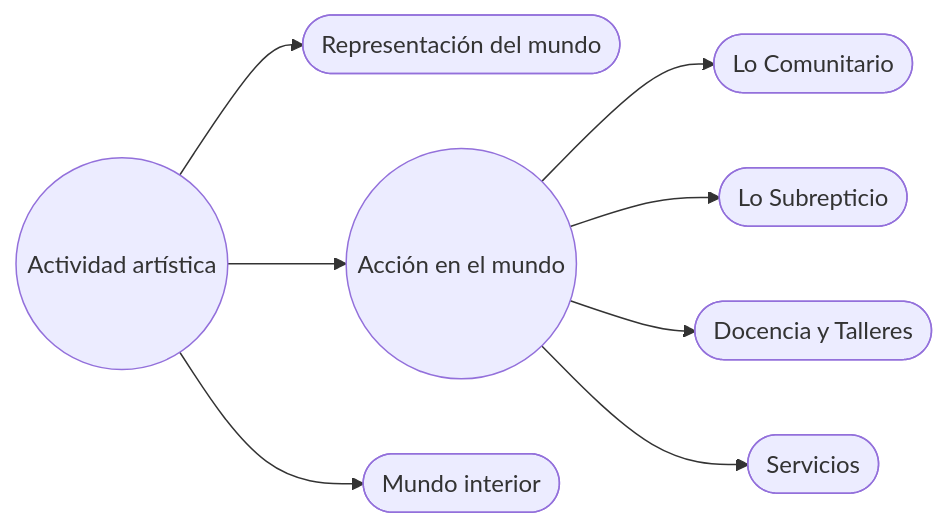
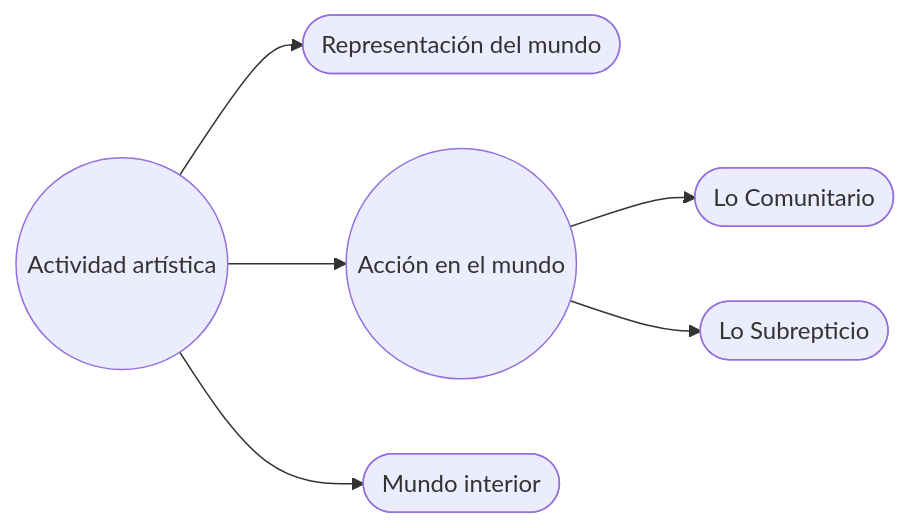
The diagram in ES/accion.md (EGGS-Artesvisuales/EGGS-Artesvisuales.github.io), drawn with Mermaid before and after one commit.

Commit message:
Remove teaching and services from Spanish action diagram

```diff
--- a/ES/accion.md
+++ b/ES/accion.md
@@ -15,22 +15,18 @@
 <div class="mermaid">
 flowchart LR
   A((Actividad artística)) --> B([Representación del mundo])
   A --> C((Acción en el mundo))
   A --> D([Mundo interior])
 
   C --> C1([Lo Comunitario])
   C --> C2([Lo Subrepticio])
-  C --> C3([Docencia y Talleres])
-  C --> C4([Servicios])
 
   %% Clicks (todos los nodos clickeables)
   click A "/ES/index.html" "Ir a Actividad artística"
   click B "/ES/mundo-exterior.html" "Ir a Representación del mundo"
   click C "/ES/accion.html" "Ir a Acción en el mundo"
   click D "/ES/interior.html" "Ir a Mundo interior"
 
   click C1 "/ES/comunitario.html" "Ir a Lo Comunitario"
   click C2 "/ES/subrepticio.html" "Ir a Lo Subrepticio"
-  click C3 "/ES/docencia.html" "Ir a Docencia y Talleres"
-  click C4 "/ES/servicios.html" "Ir a Servicios"
 </div>
```
